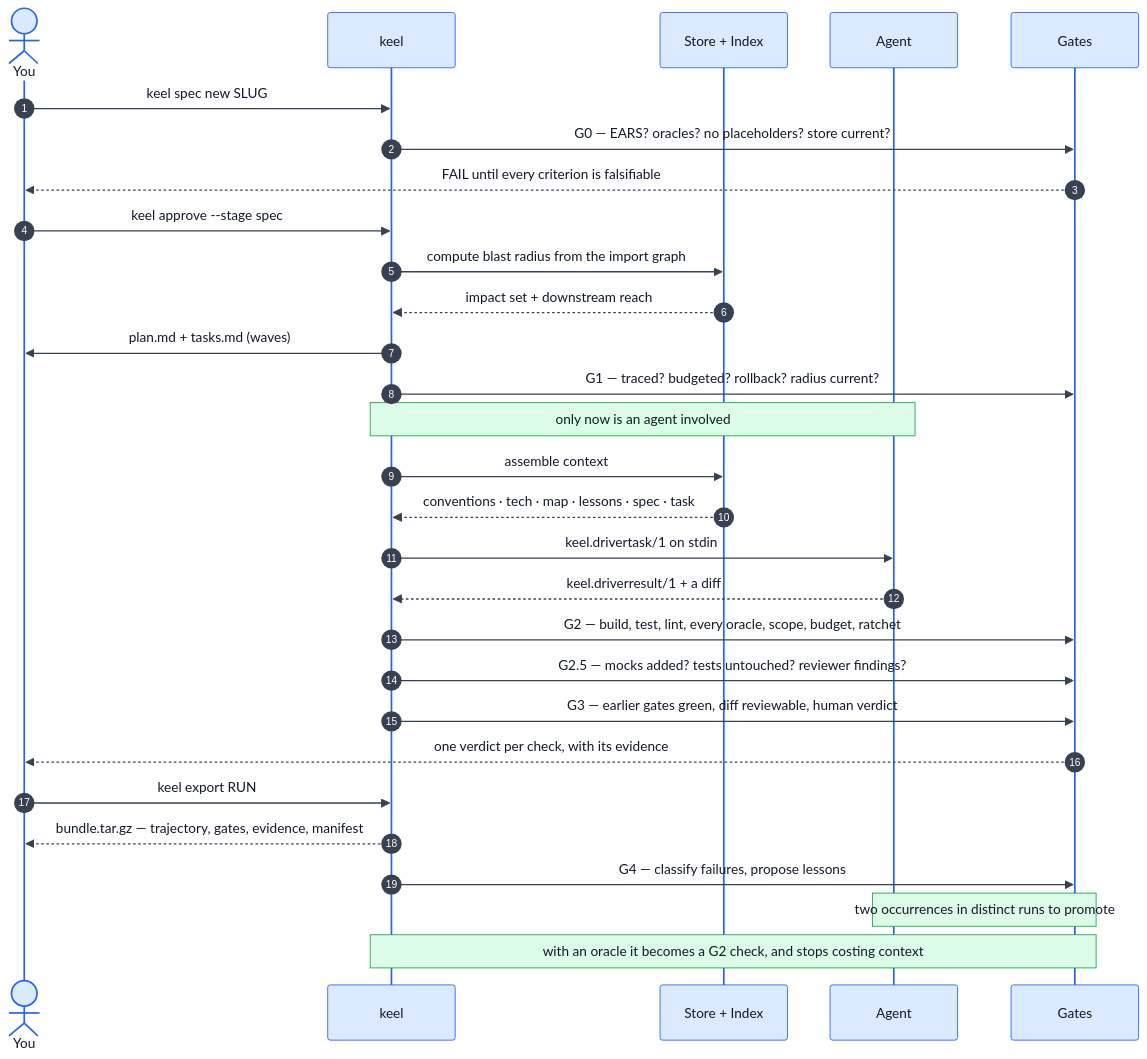
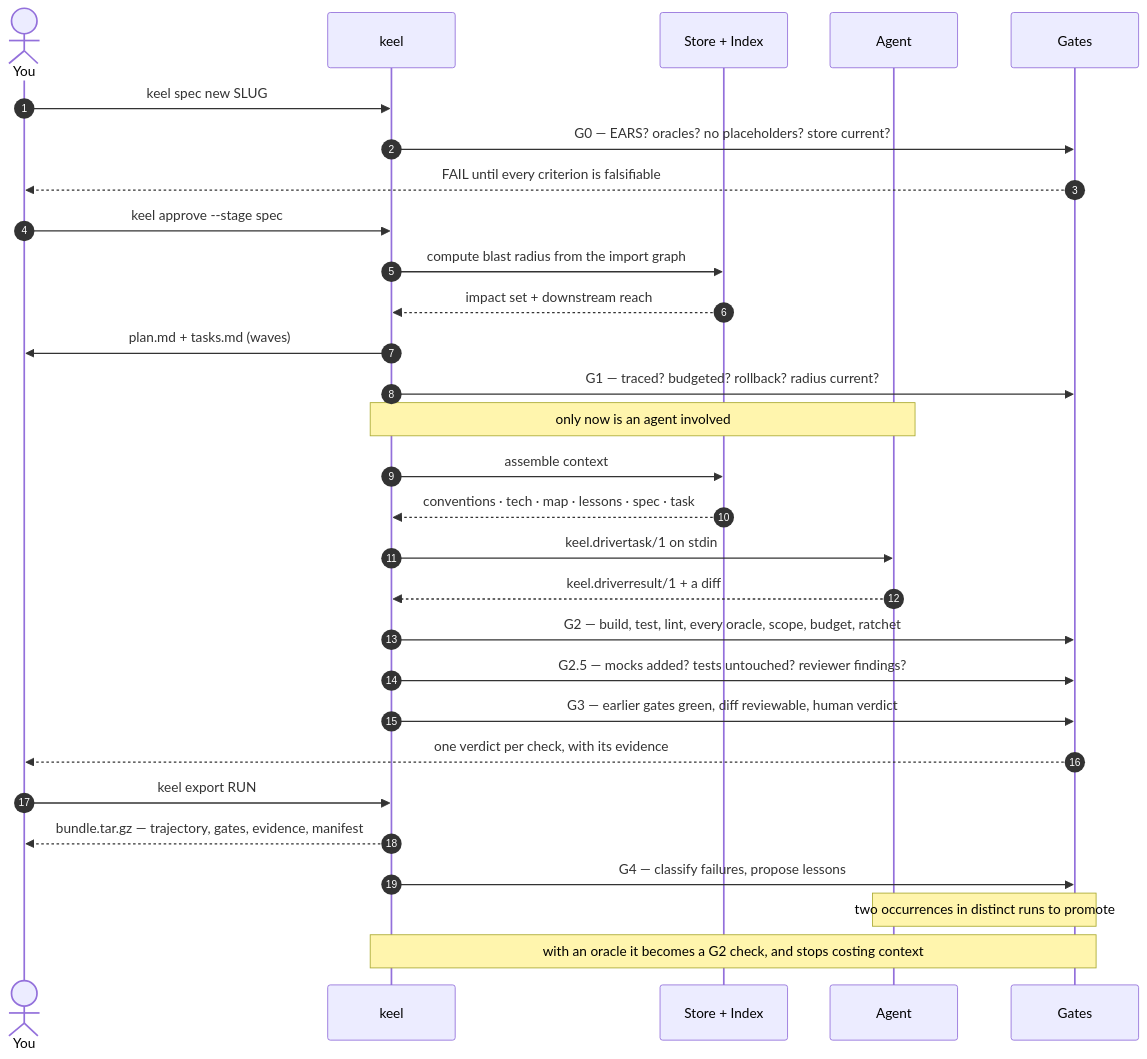
One commit to daneb/keel changed the second of 2 diagrams in README.md. Above: the diagram before and after it, drawn with Mermaid. The commit also changed other lines of this file, not shown here.

First line of the commit message:
Diagrams that survive both GitHub themes

````diff
--- a/README.md
+++ b/README.md
@@ -120,44 +123,38 @@
 ```mermaid
-%%{init: {'theme':'base','themeVariables':{
-  'primaryColor':'#fef3c7','primaryTextColor':'#111827','primaryBorderColor':'#d97706',
-  'lineColor':'#4b5563','actorBkg':'#dbeafe','actorBorder':'#2563eb','actorTextColor':'#111827',
-  'signalColor':'#374151','signalTextColor':'#111827','labelBoxBkgColor':'#ede9fe',
-  'labelBoxBorderColor':'#7c3aed','labelTextColor':'#111827','noteBkgColor':'#dcfce7',
-  'noteBorderColor':'#16a34a','noteTextColor':'#111827','sequenceNumberColor':'#ffffff'}}}%%
 sequenceDiagram
     autonumber
     actor You
     participant K as keel
     participant S as Store + Index
     participant A as Agent
     participant G as Gates
 
     You->>K: keel spec new SLUG
     K->>G: G0 — EARS? oracles? no placeholders? store current?
     G-->>You: FAIL until every criterion is falsifiable
     You->>K: keel approve --stage spec
 
     K->>S: compute blast radius from the import graph
     S-->>K: impact set + downstream reach
     K->>You: plan.md + tasks.md (waves)
     K->>G: G1 — traced? budgeted? rollback? radius current?
 
     Note over K,A: only now is an agent involved
 
     K->>S: assemble context
     S-->>K: conventions · tech · map · lessons · spec · task
     K->>A: keel.drivertask/1 on stdin
     A-->>K: keel.driverresult/1 + a diff
 
     K->>G: G2 — build, test, lint, every oracle, scope, budget, ratchet
     K->>G: G2.5 — mocks added? tests untouched? reviewer findings?
     K->>G: G3 — earlier gates green, diff reviewable, human verdict
     G-->>You: one verdict per check, with its evidence
 
     You->>K: keel export RUN
     K-->>You: bundle.tar.gz — trajectory, gates, evidence, manifest
 
     K->>G: G4 — classify failures, propose lessons
     Note over A,G: two occurrences in distinct runs to promote
     Note over G,K: with an oracle it becomes a G2 check, and stops costing context
 ```
````
